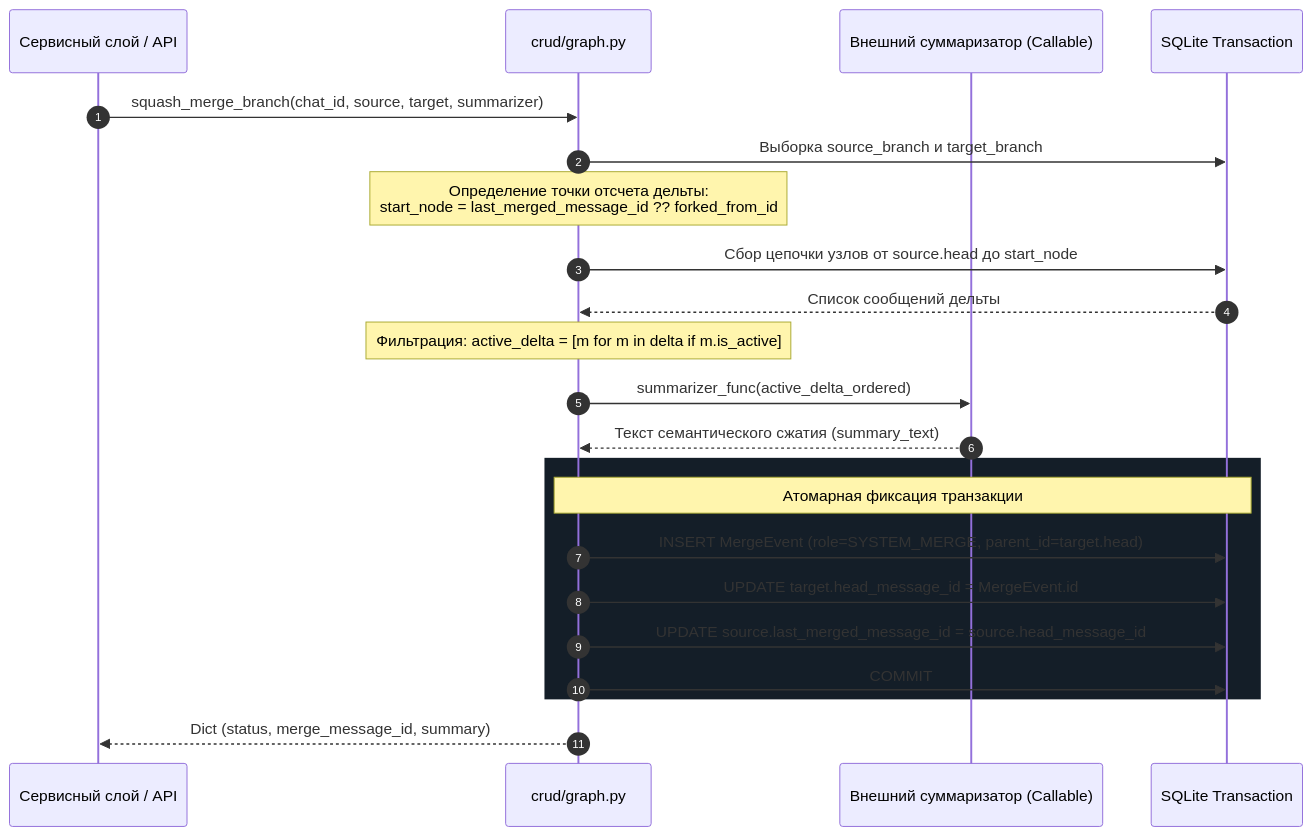
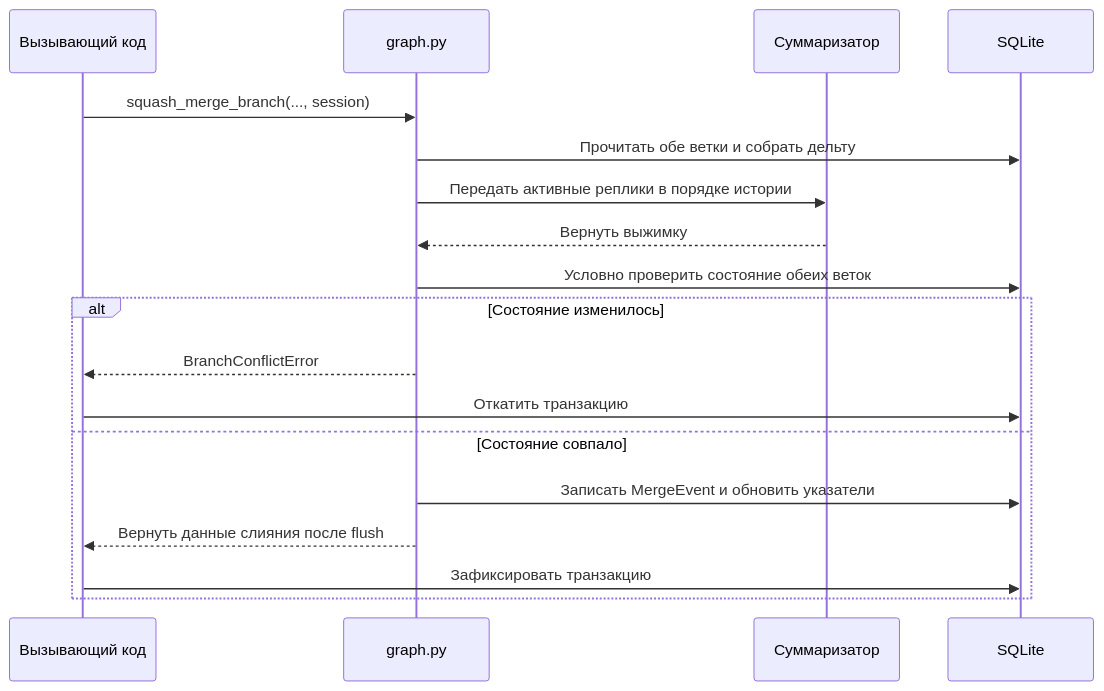
Before and after one commit to Curr3ncyV01D/exocortex: the third of 3 diagrams in docs/spec_crud_graph.md, drawn with Mermaid. The commit also changed other lines of this file and 2 other files, not shown here.

````diff
--- a/docs/spec_crud_graph.md
+++ b/docs/spec_crud_graph.md
@@ -139,31 +77,21 @@
 ```mermaid
 sequenceDiagram
-    autonumber
-    participant Caller as Сервисный слой / API
-    participant Graph as crud/graph.py
-    participant Summarizer as Внешний суммаризатор (Callable)
-    participant DB as SQLite Transaction
+    participant Caller as Вызывающий код
+    participant Graph as graph.py
+    participant Summarizer as Суммаризатор
+    participant DB as SQLite
 
-    Caller->>Graph: squash_merge_branch(chat_id, source, target, summarizer)
-    Graph->>DB: Выборка source_branch и target_branch
-    
-    Note over Graph: Определение точки отсчета дельты:<br/>start_node = last_merged_message_id ?? forked_from_id
-    
-    Graph->>DB: Сбор цепочки узлов от source.head до start_node
-    DB-->>Graph: Список сообщений дельты
-    
-    Note over Graph: Фильтрация: active_delta = [m for m in delta if m.is_active]
-    
-    Graph->>Summarizer: summarizer_func(active_delta_ordered)
-    Summarizer-->>Graph: Текст семантического сжатия (summary_text)
-
-    rect rgb(20, 30, 40)
-    Note over Graph,DB: Атомарная фиксация транзакции
-    Graph->>DB: INSERT MergeEvent (role=SYSTEM_MERGE, parent_id=target.head)
-    Graph->>DB: UPDATE target.head_message_id = MergeEvent.id
-    Graph->>DB: UPDATE source.last_merged_message_id = source.head_message_id
-    Graph->>DB: COMMIT
+    Caller->>Graph: squash_merge_branch(..., session)
+    Graph->>DB: Прочитать обе ветки и собрать дельту
+    Graph->>Summarizer: Передать активные реплики в порядке истории
+    Summarizer-->>Graph: Вернуть выжимку
+    Graph->>DB: Условно проверить состояние обеих веток
+    alt Состояние изменилось
+        Graph-->>Caller: BranchConflictError
+        Caller->>DB: Откатить транзакцию
+    else Состояние совпало
+        Graph->>DB: Записать MergeEvent и обновить указатели
+        Graph-->>Caller: Вернуть данные слияния после flush
+        Caller->>DB: Зафиксировать транзакцию
     end
-
-    Graph-->>Caller: Dict (status, merge_message_id, summary)
 ```
````
